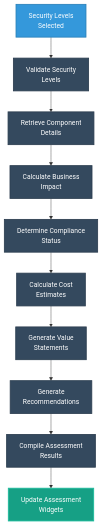
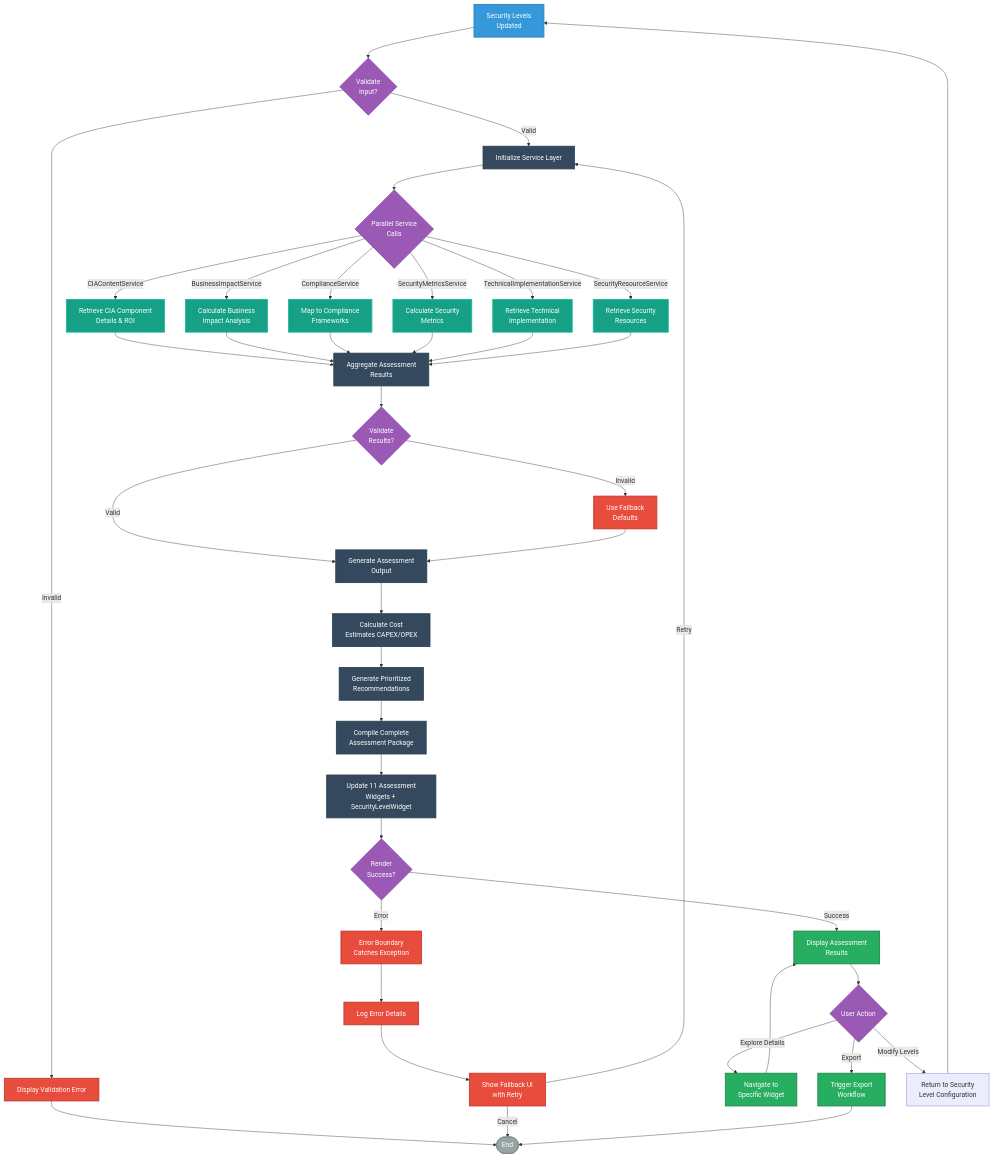
One commit to Hack23/cia-compliance-manager changed the second of 13 diagrams in docs/architecture/FLOWCHART.md. Above: the diagram before and after it, drawn with Mermaid. The commit also changed other lines of this file, not shown here.

First line of the commit message:
docs: update FLOWCHART.md with v1.0 assessment workflows and processes (#716)

````diff
--- a/docs/architecture/FLOWCHART.md
+++ b/docs/architecture/FLOWCHART.md
@@ -54,22 +127,67 @@
 ```mermaid
 flowchart TD
-    SecurityLevels[Security Levels<br>Selected] --> ValidateLevels[Validate Security<br>Levels]
-    ValidateLevels --> GetCIADetails[Retrieve Component<br>Details]
-    GetCIADetails --> CalcImpact[Calculate Business<br>Impact]
-    CalcImpact --> CalcCompliance[Determine Compliance<br>Status]
-    CalcCompliance --> CalcCost[Calculate Cost<br>Estimates]
-    CalcCost --> GenValue[Generate Value<br>Statements]
-    GenValue --> GenRecs[Generate<br>Recommendations]
-    GenRecs --> CompileResults[Compile Assessment<br>Results]
-    CompileResults --> UpdateWidgets[Update Assessment<br>Widgets]
+    SecurityLevels[Security Levels<br>Updated] --> ValidateLevels{Validate<br>Input?}
+    ValidateLevels -->|Valid| InitServices[Initialize Service Layer]
+    ValidateLevels -->|Invalid| ValidationError[Display Validation Error]
+    ValidationError --> End([End])
+    
+    InitServices --> ParallelFetch{Parallel Service<br>Calls}
+    
+    ParallelFetch -->|CIAContentService| GetCIADetails[Retrieve CIA Component<br>Details & ROI]
+    ParallelFetch -->|BusinessImpactService| CalcBusinessImpact[Calculate Business<br>Impact Analysis]
+    ParallelFetch -->|ComplianceService| MapCompliance[Map to Compliance<br>Frameworks]
+    ParallelFetch -->|SecurityMetricsService| CalcMetrics[Calculate Security<br>Metrics]
+    ParallelFetch -->|TechnicalImplementationService| GetTechDetails[Retrieve Technical<br>Implementation]
+    ParallelFetch -->|SecurityResourceService| GetResources[Retrieve Security<br>Resources]
+    
+    GetCIADetails --> Aggregate[Aggregate Assessment<br>Results]
+    CalcBusinessImpact --> Aggregate
+    MapCompliance --> Aggregate
+    CalcMetrics --> Aggregate
+    GetTechDetails --> Aggregate
+    GetResources --> Aggregate
+    
+    Aggregate --> ValidateResults{Validate<br>Results?}
+    ValidateResults -->|Valid| GenerateOutput[Generate Assessment<br>Output]
+    ValidateResults -->|Invalid| FallbackData[Use Fallback<br>Defaults]
+    FallbackData --> GenerateOutput
+    
+    GenerateOutput --> CalcCostEstimates[Calculate Cost<br>Estimates CAPEX/OPEX]
+    CalcCostEstimates --> GenRecommendations[Generate Prioritized<br>Recommendations]
+    GenRecommendations --> CompileResults[Compile Complete<br>Assessment Package]
+    CompileResults --> UpdateWidgets[Update 11 Assessment<br>Widgets + SecurityLevelWidget]
+    
+    UpdateWidgets --> RenderCheck{Render<br>Success?}
+    RenderCheck -->|Success| DisplayResults[Display Assessment<br>Results]
+    RenderCheck -->|Error| ErrorBoundary[Error Boundary<br>Catches Exception]
+    ErrorBoundary --> LogError[Log Error Details]
+    LogError --> ShowFallbackUI[Show Fallback UI<br>with Retry]
+    ShowFallbackUI -->|Retry| InitServices
+    ShowFallbackUI -->|Cancel| End
+    
+    DisplayResults --> UserAction{User Action}
+    UserAction -->|Explore Details| DrillDown[Navigate to<br>Specific Widget]
+    UserAction -->|Export| TriggerExport[Trigger Export<br>Workflow]
+    UserAction -->|Modify Levels| UpdateLevels[Return to Security<br>Level Configuration]
+    
+    DrillDown --> DisplayResults
+    TriggerExport --> End
+    UpdateLevels --> SecurityLevels
     
     %% Apply styles using class definitions
     classDef input fill:#3498db,stroke:#2980b9,stroke-width:2px,color:white
     classDef process fill:#34495e,stroke:#2c3e50,stroke-width:2px,color:white
-    classDef data fill:#9b59b6,stroke:#8e44ad,stroke-width:2px,color:white
-    classDef output fill:#16a085,stroke:#1abc9c,stroke-width:2px,color:white
+    classDef service fill:#16a085,stroke:#1abc9c,stroke-width:2px,color:white
+    classDef decision fill:#9b59b6,stroke:#8e44ad,stroke-width:2px,color:white
+    classDef error fill:#e74c3c,stroke:#c0392b,stroke-width:2px,color:white
+    classDef output fill:#27ae60,stroke:#1e8449,stroke-width:2px,color:white
+    classDef endnode fill:#95a5a6,stroke:#7f8c8d,stroke-width:2px,color:white
     
     class SecurityLevels input
-    class ValidateLevels,GetCIADetails,CalcImpact,CalcCompliance,CalcCost,GenValue,GenRecs,CompileResults process
-    class UpdateWidgets output
+    class InitServices,Aggregate,GenerateOutput,CalcCostEstimates,GenRecommendations,CompileResults,UpdateWidgets process
+    class GetCIADetails,CalcBusinessImpact,MapCompliance,CalcMetrics,GetTechDetails,GetResources service
+    class ValidateLevels,ParallelFetch,ValidateResults,RenderCheck,UserAction decision
+    class ValidationError,FallbackData,ErrorBoundary,LogError,ShowFallbackUI error
+    class DisplayResults,DrillDown,TriggerExport output
+    class End endnode
 ```
````
